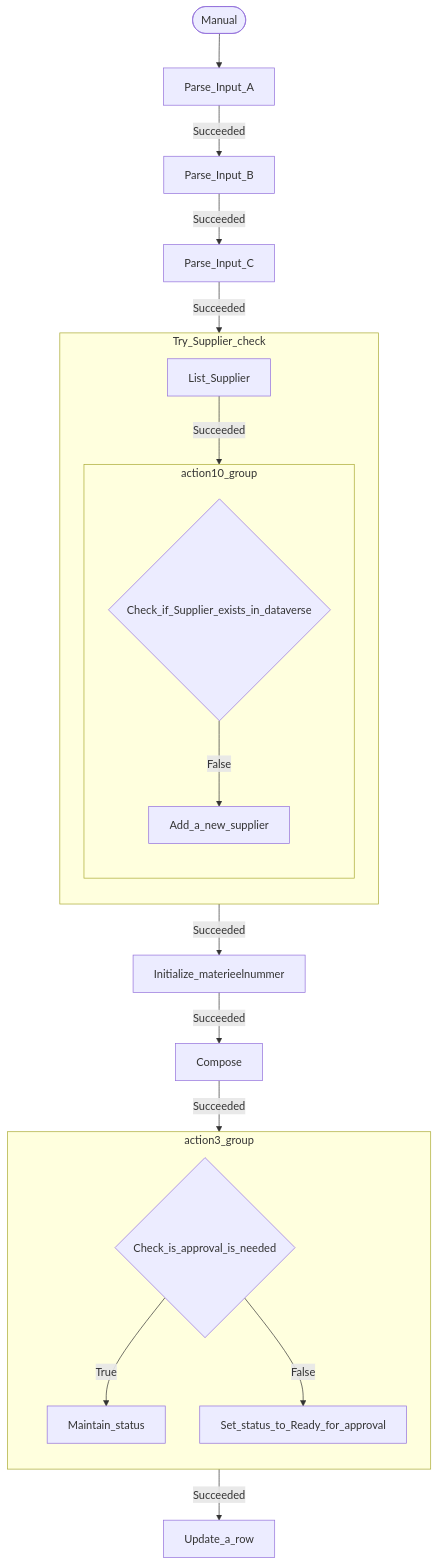
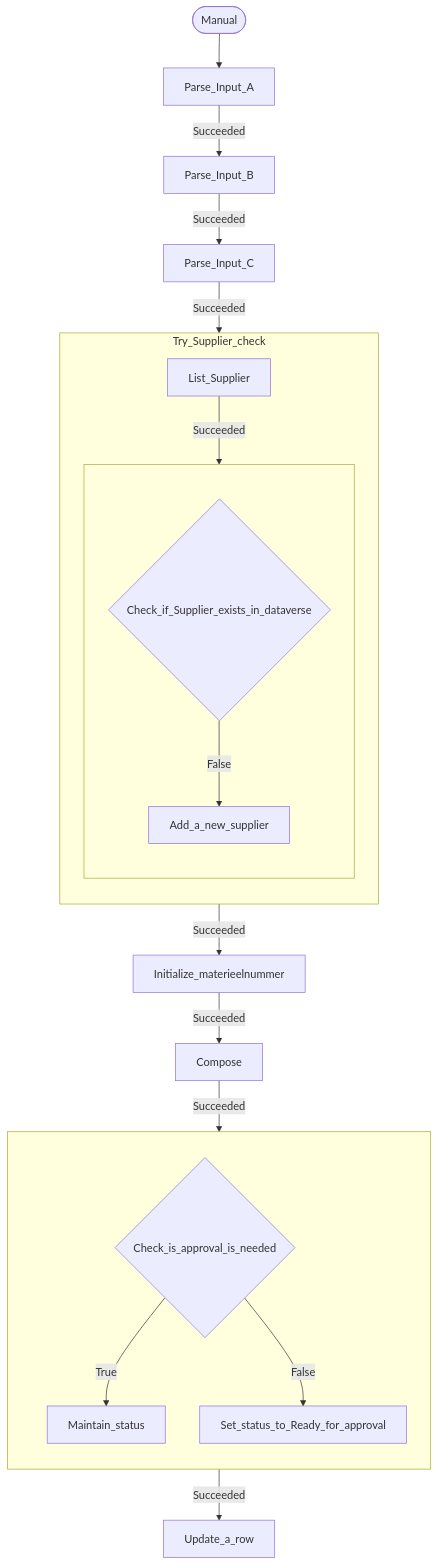
One commit to autosysops/PowerShell_PowerPlatformChecker changed the diagram in tests/fixtures/expected/FlowChart.SubgraphFlow.expected.md. Above: the diagram before and after it, drawn with Mermaid. The commit also changed 8 other files, not shown here.

```diff
--- a/tests/fixtures/expected/FlowChart.SubgraphFlow.expected.md
+++ b/tests/fixtures/expected/FlowChart.SubgraphFlow.expected.md
@@ -1,37 +1,37 @@
 :::mermaid
 flowchart TB
 action0(["Manual"])
 action4["Compose"]
 action5["Initialize_materieelnummer"]
 action6["Parse_Input_A"]
 action7["Parse_Input_B"]
 action8["Parse_Input_C"]
 action13["Update_a_row"]
-subgraph action3_group
+subgraph action3_group[" "]
 direction TB
 action1["Maintain_status"]
 action2["Set_status_to_Ready_for_approval"]
 action3{"Check_is_approval_is_needed"}
 action3 -- False --> action2
 action3 -- True --> action1
 end
 subgraph action12_group["Try_Supplier_check"]
 direction TB
 action11["List_Supplier"]
-subgraph action10_group
+subgraph action10_group[" "]
 direction TB
 action9["Add_a_new_supplier"]
 action10{"Check_if_Supplier_exists_in_dataverse"}
 action10 -- False --> action9
 end
 action11 -- Succeeded --> action10_group
 end
 action0 --> action6
 action12_group -- Succeeded --> action5
 action3_group -- Succeeded --> action13
 action4 -- Succeeded --> action3_group
 action5 -- Succeeded --> action4
 action6 -- Succeeded --> action7
 action7 -- Succeeded --> action8
 action8 -- Succeeded --> action12_group
 :::
```
